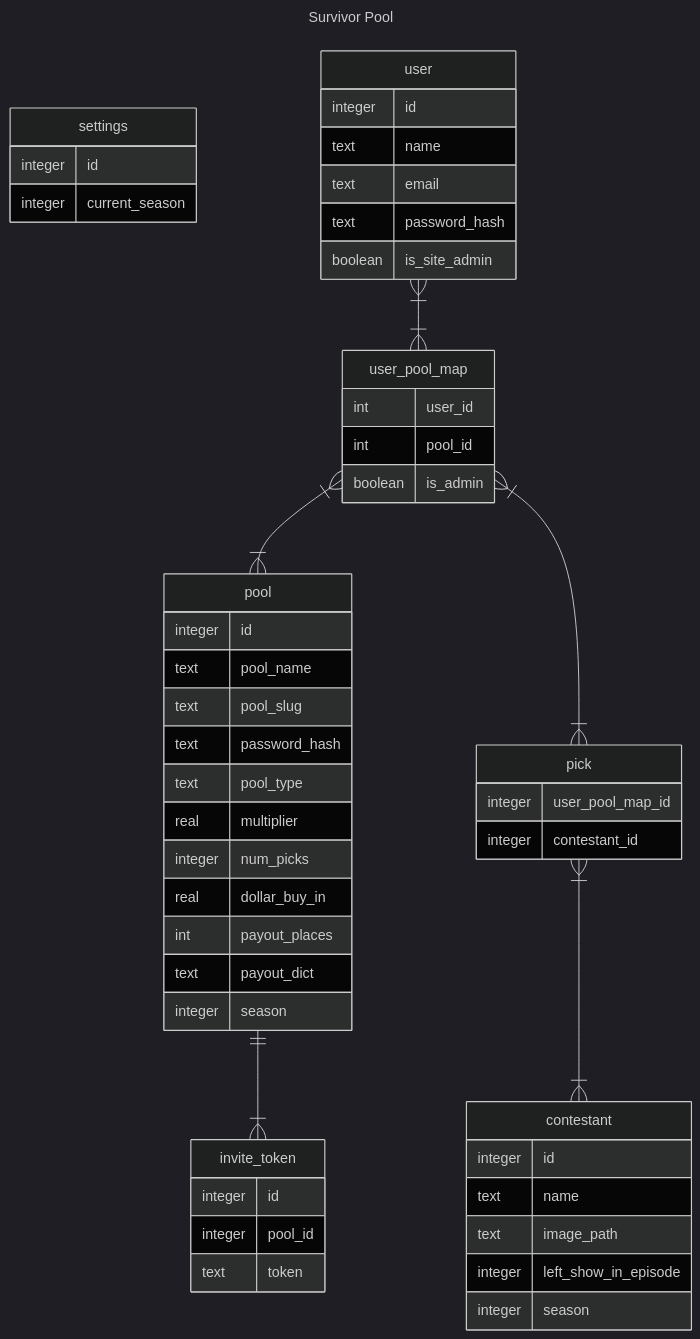
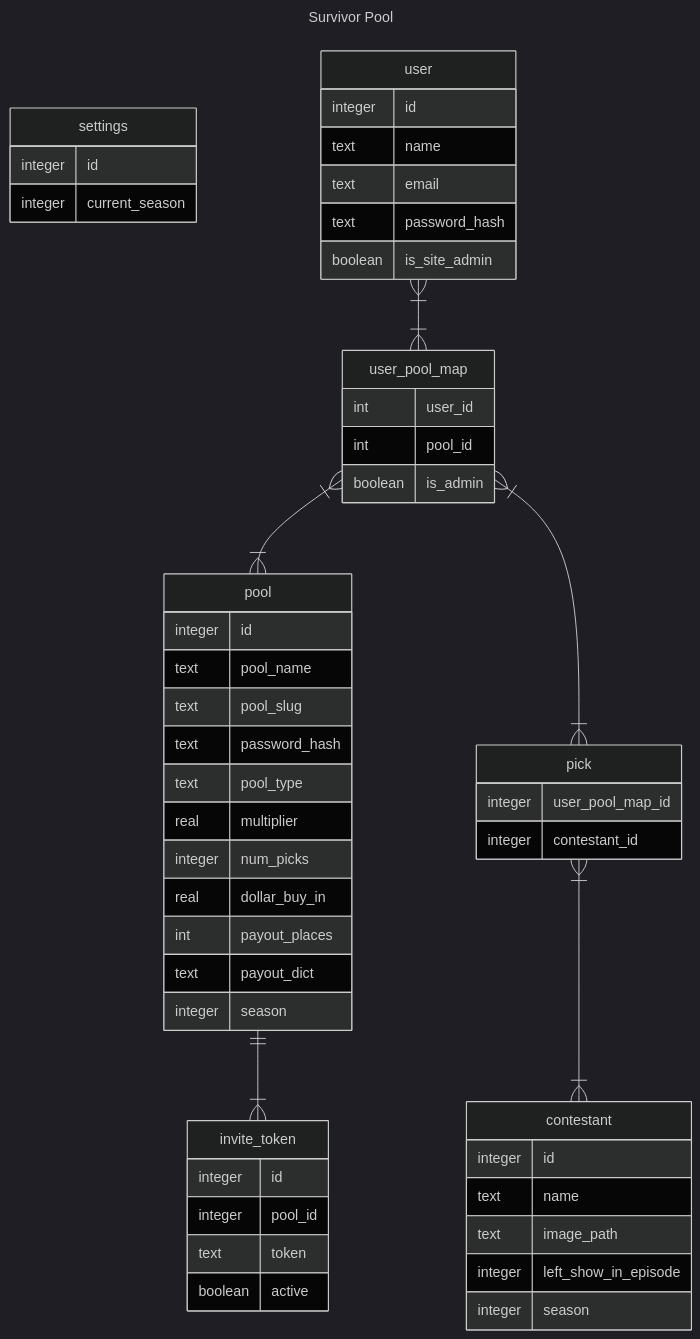
The diagram in README.md (peterchinman/survivor_pool), drawn with Mermaid (dark theme) before and after one commit. The commit also changed 10 other files, not shown here.

````diff
--- a/README.md
+++ b/README.md
@@ -7,64 +7,65 @@
 ```mermaid
 ---
 title: Survivor Pool
 ---
 
 erDiagram
     settings{
         integer id
         integer current_season
     }
    pool{
     integer id
     text pool_name
     text pool_slug
     text password_hash
 
     text pool_type
     real multiplier
     integer num_picks
     real dollar_buy_in
     int payout_places
     text payout_dict
 
 
     integer season
    }
    user }|--|{ user_pool_map : ""
    user_pool_map }|--|{ pool : ""
 
    user_pool_map {
     int user_id
     int pool_id
     boolean is_admin
    }
    
    user{
     integer id
     text name
     text email
     text password_hash
     boolean is_site_admin
    }
 
    user_pool_map }|--|{ pick : ""
    pick{
     integer user_pool_map_id
     integer contestant_id
    }
     contestant{
         integer id
         text name
         text image_path
         integer left_show_in_episode
         integer season
     }
 
     pick }|--|{ contestant : "" 
     pool ||--|{ invite_token : ""
     invite_token {
         integer id
         integer pool_id
         text token
+        boolean active
     }
 ```
````
